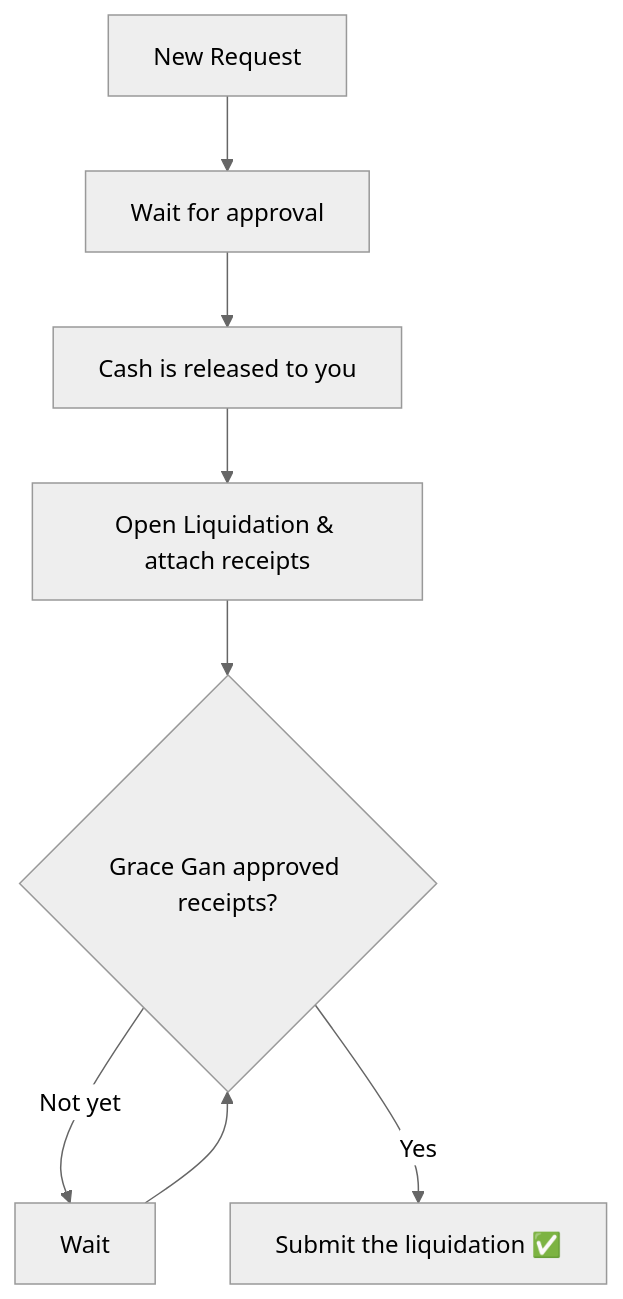
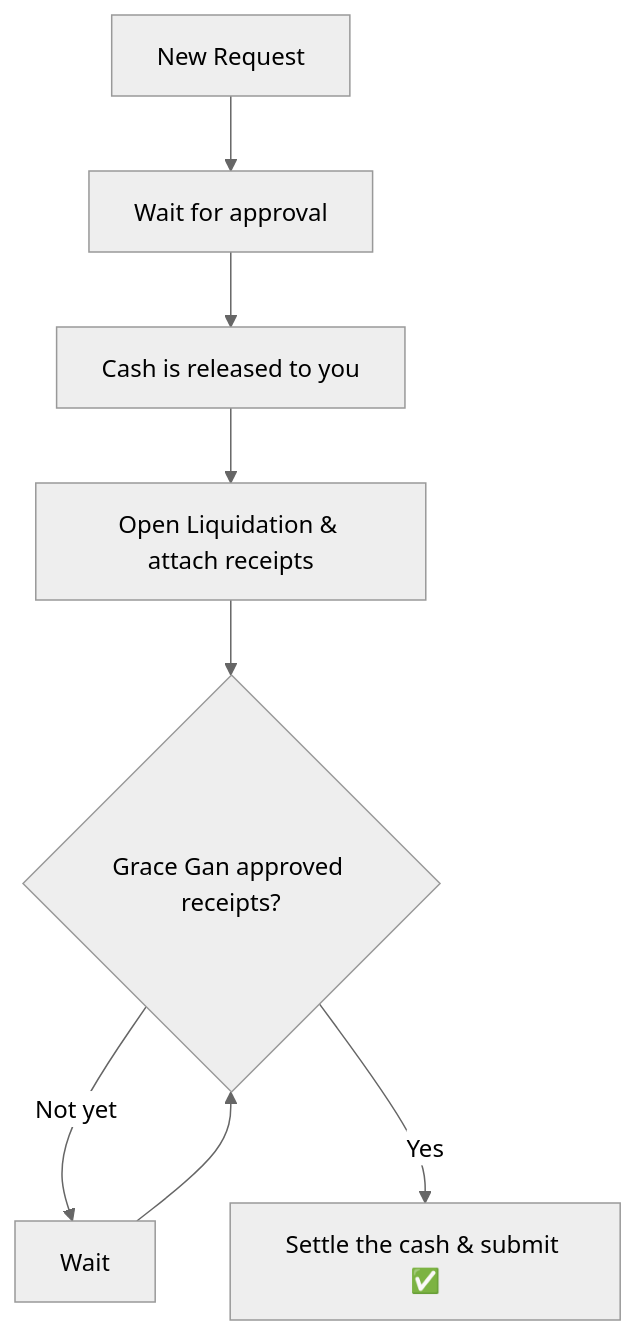
The third of 4 diagrams in USER_GUIDE.md (A1plusStarkson/PCF-Portal), drawn with Mermaid (neutral theme) before and after one commit. The commit also changed other lines of this file and 5 other files, not shown here.

````diff
--- a/USER_GUIDE.md
+++ b/USER_GUIDE.md
@@ -177,10 +205,10 @@
 ```mermaid
 flowchart TD
     A[New Request] --> B[Wait for approval]
     B --> C[Cash is released to you]
     C --> D[Open Liquidation & attach receipts]
     D --> E{Grace Gan approved receipts?}
     E -- Not yet --> F[Wait]
     F --> E
-    E -- Yes --> G[Submit the liquidation ✅]
+    E -- Yes --> G[Settle the cash & submit ✅]
 ```
````
